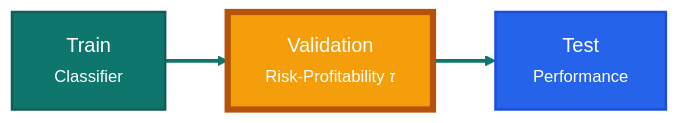
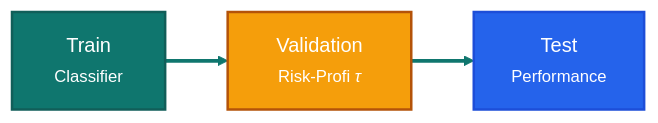
Before and after one commit to Pablo-Molla-Charlez/SecondaryModel: the third of 3 diagrams in README.md, drawn with Mermaid.

````diff
--- a/README.md
+++ b/README.md
@@ -82,11 +82,11 @@
 ```mermaid
 %%{init: {'theme': 'base', 'themeVariables': { 'primaryColor': '#0f766e', 'primaryBorderColor': '#115e59', 'primaryTextColor': '#ffffff', 'secondaryColor': '#f59e0b', 'tertiaryColor': '#dbeafe', 'lineColor': '#0f172a', 'background': '#ffffff'}}}%%
 flowchart LR
-    A["&nbsp;&nbsp;&nbsp;Train&nbsp;&nbsp;&nbsp;<br/><small>Classifier</small>"]:::train --> V["&nbsp;&nbsp;Validation&nbsp;&nbsp;<br/><small>Risk-Profitability <i>τ</i></small>"]:::val
+    A["&nbsp;&nbsp;&nbsp;Train&nbsp;&nbsp;&nbsp;<br/><small>Classifier</small>"]:::train --> V["&nbsp;&nbsp;Validation&nbsp;&nbsp;<br/><small>Risk-Profi <i>τ</i></small>"]:::val
     V --> D["&nbsp;&nbsp;&nbsp;&nbsp;&nbsp;Test&nbsp;&nbsp;&nbsp;&nbsp;&nbsp;<br/><small>Performance</small>"]:::test
     
     classDef train fill:#0f766e,stroke:#115e59,color:#ffffff,stroke-width:2px;
-    classDef val   fill:#f59e0b,stroke:#b45309,color:#ffffff,stroke-width:5px;
+    classDef val   fill:#f59e0b,stroke:#b45309,color:#ffffff,stroke-width:2px;
     classDef test  fill:#2563eb,stroke:#1d4ed8,color:#ffffff,stroke-width:2px;
     linkStyle default stroke:#0f766e,stroke-width:3px;
 ```
````
